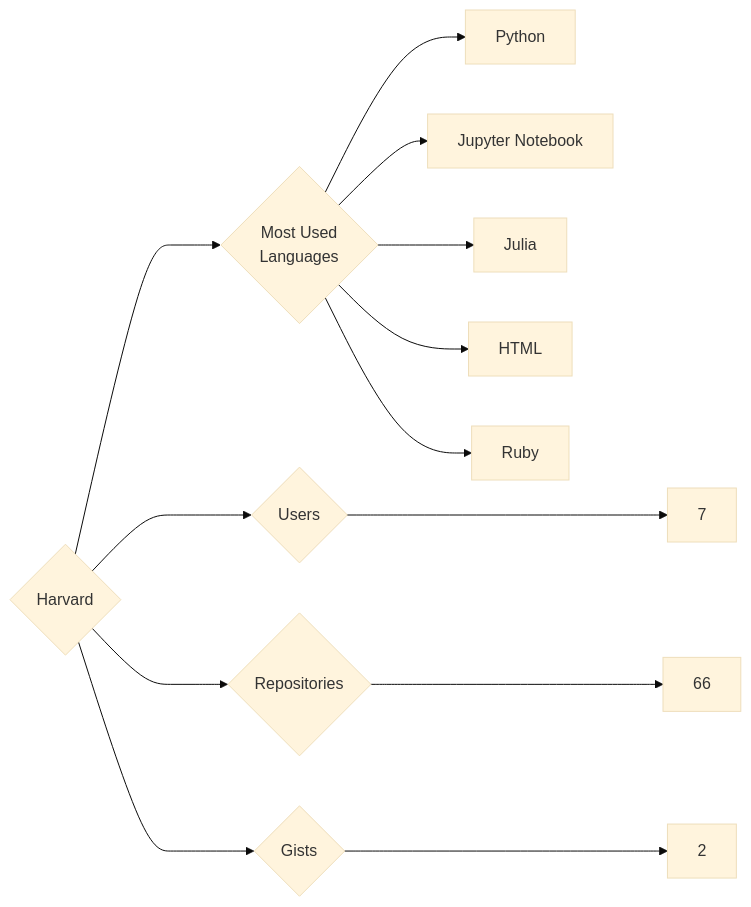
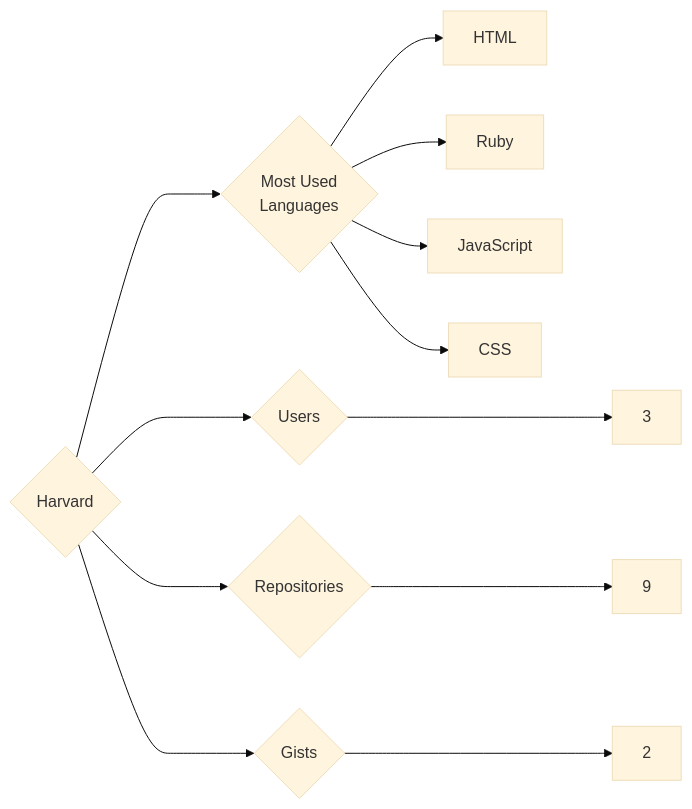
One commit to trickest/insiders changed the diagram in targets/Harvard/README.md. Above: the diagram before and after it, drawn with Mermaid (base theme). The commit also changed 1149 other files, not shown here.

````diff
--- a/targets/Harvard/README.md
+++ b/targets/Harvard/README.md
@@ -3,13 +3,12 @@
 ```mermaid
 graph LR
 COMPANY_NAME{Harvard}
-COMPANY_NAME ---> U{Users} ---> UN[7]
-COMPANY_NAME ---> R{Repositories} ---> RN[66]
+COMPANY_NAME ---> U{Users} ---> UN[3]
+COMPANY_NAME ---> R{Repositories} ---> RN[9]
 COMPANY_NAME ---> G{Gists} ---> GN[2]
 COMPANY_NAME ---> ML{Most Used<br>Languages}
-ML --> Python[Python]
-ML --> Jupyter_Notebook[Jupyter Notebook]
-ML --> Julia[Julia]
 ML --> HTML[HTML]
 ML --> Ruby[Ruby]
+ML --> JavaScript[JavaScript]
+ML --> CSS[CSS]
 ```
````
